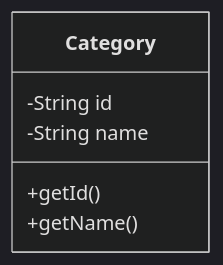
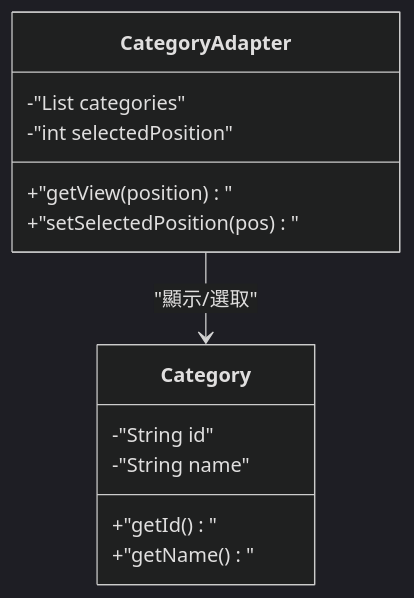
One commit to Dao-you/SimplestBookAndroid changed diagram 15 of 26 in Grading_Criteria.md. Above: the diagram before and after it, drawn with Mermaid (dark theme). The commit also changed other lines of this file, not shown here.

````diff
--- a/Grading_Criteria.md
+++ b/Grading_Criteria.md
@@ -352,9 +384,16 @@
 ```mermaid
 classDiagram
     class Category {
-        -String id
-        -String name
-        +getId()
-        +getName()
+        -"String id"
+        -"String name"
+        +"getId()"
+        +"getName()"
     }
+    class CategoryAdapter {
+        -"List<Category> categories"
+        -"int selectedPosition"
+        +"getView(position)"
+        +"setSelectedPosition(pos)"
+    }
+    CategoryAdapter --> Category : "顯示/選取"
 ```
````
